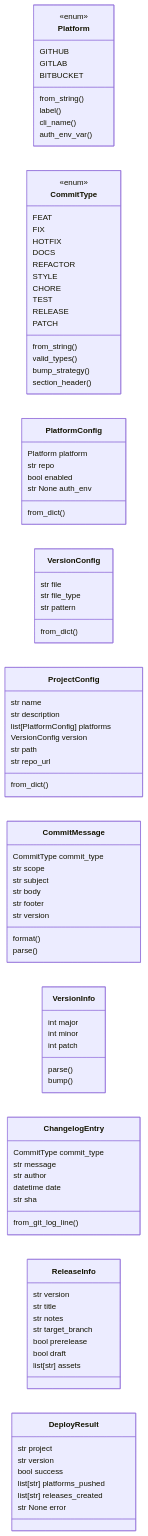
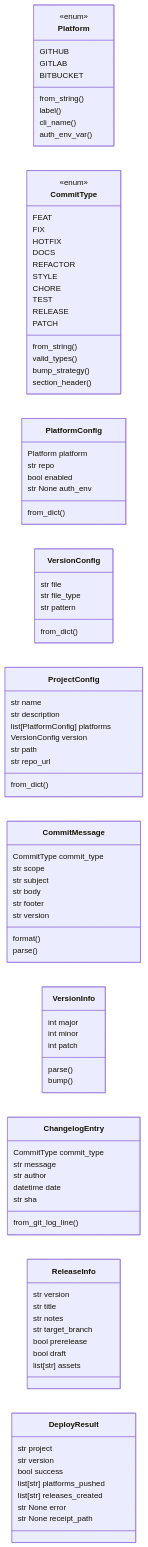
The first of 2 diagrams in readmenator-apidocs/modules/deploynator._models.py.md (grisuno/deploynator), drawn with Mermaid before and after one commit. The commit also changed other lines of this file and 137 other files, not shown here.

````diff
--- a/readmenator-apidocs/modules/deploynator._models.py.md
+++ b/readmenator-apidocs/modules/deploynator._models.py.md
@@ -93,4 +93,5 @@
     DeployResult : list[str] platforms_pushed
     DeployResult : list[str] releases_created
     DeployResult : str  None error
+    DeployResult : str  None receipt_path
 ```
````
